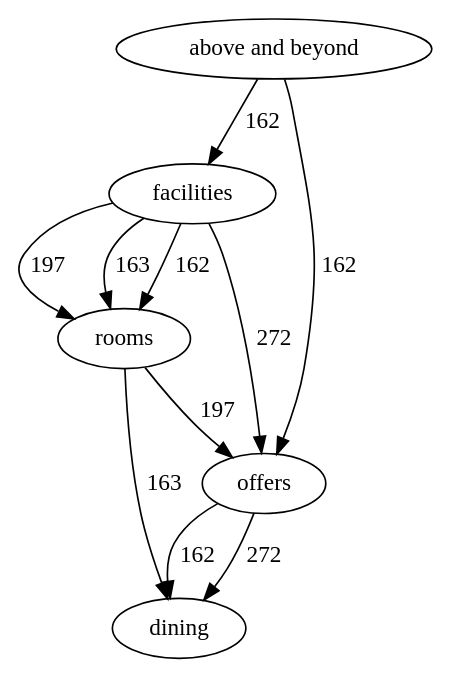
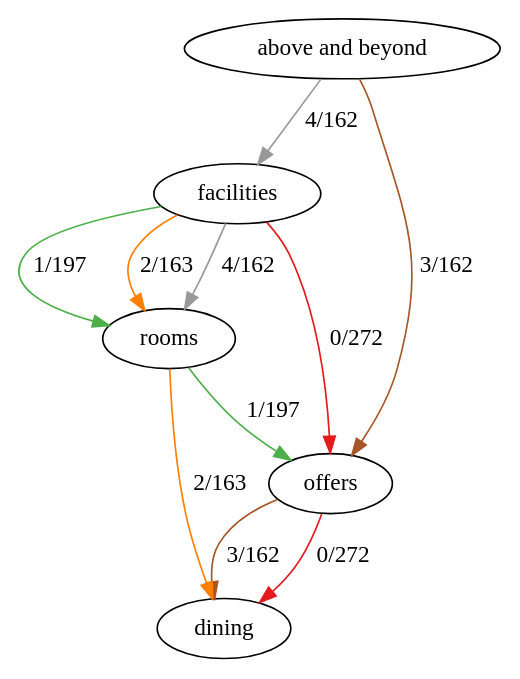
Before and after one commit to alexcu/sit742-a2-report: the diagram in dot/tablet_requests.dot, drawn with Graphviz. The commit also changed 32 other files, not shown here.

Commit message:
Update dot graphs for latest coloring

```diff
--- a/dot/tablet_requests.dot
+++ b/dot/tablet_requests.dot
@@ -1,18 +1,18 @@
 digraph "" {
 layout="dot";
 "above and beyond";
 facilities;
 offers;
 rooms;
 dining;
-"above and beyond" -> facilities  [key=0, label=162, weight=162];
-"above and beyond" -> offers  [key=0, label=162, weight=162];
-facilities -> offers  [key=0, label=272, weight=272];
-facilities -> rooms  [key=0, label=197, weight=197];
-facilities -> rooms  [key=1, label=163, weight=163];
-facilities -> rooms  [key=2, label=162, weight=162];
-offers -> dining  [key=0, label=272, weight=272];
-offers -> dining  [key=1, label=162, weight=162];
-rooms -> dining  [key=0, label=163, weight=163];
-rooms -> offers  [key=0, label=197, weight=197];
+"above and beyond" -> facilities  [color="#999999", key=0, label="4/162", weight=162];
+"above and beyond" -> offers  [color="#a65628", key=0, label="3/162", weight=162];
+facilities -> offers  [color="#e41a1c", key=0, label="0/272", weight=272];
+facilities -> rooms  [color="#4daf4a", key=0, label="1/197", weight=197];
+facilities -> rooms  [color="#ff7f00", key=1, label="2/163", weight=163];
+facilities -> rooms  [color="#999999", key=2, label="4/162", weight=162];
+offers -> dining  [color="#e41a1c", key=0, label="0/272", weight=272];
+offers -> dining  [color="#a65628", key=1, label="3/162", weight=162];
+rooms -> dining  [color="#ff7f00", key=0, label="2/163", weight=163];
+rooms -> offers  [color="#4daf4a", key=0, label="1/197", weight=197];
 }
```
